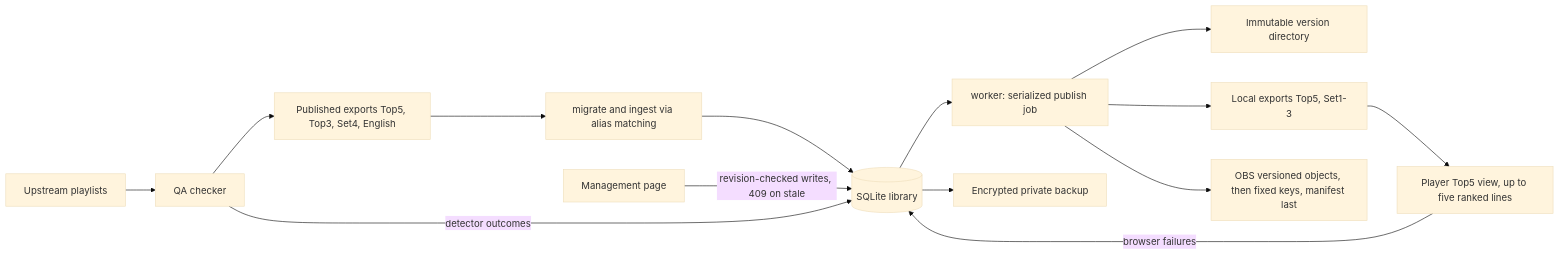
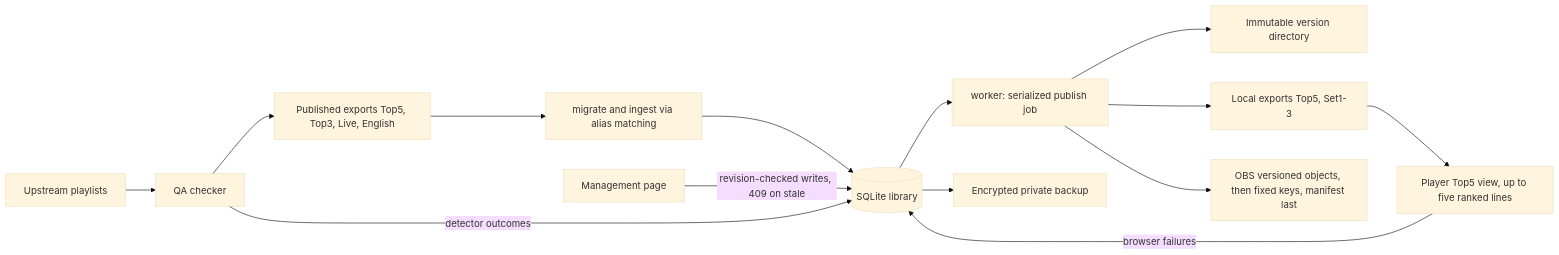
Before and after one commit to Nzy189/iptv-QA: the second of 2 diagrams in docs/LIBRARY.md, drawn with Mermaid (base theme). The commit also changed other lines of this file and 21 other files, not shown here.

````diff
--- a/docs/LIBRARY.md
+++ b/docs/LIBRARY.md
@@ -125,16 +125,16 @@
 ```mermaid
 flowchart LR
   SRC[Upstream playlists] --> QA[QA checker]
-  QA --> EXP[Published exports Top5, Top3, Set4, English]
+  QA --> EXP[Published exports Top5, Top3, Live, English]
   EXP --> MIG["migrate and ingest via alias matching"]
   MIG --> DB[(SQLite library)]
   OPS[Management page] -->|"revision-checked writes, 409 on stale"| DB
   QA -->|"detector outcomes"| DB
   DB --> W["worker: serialized publish job"]
   W --> VER[Immutable version directory]
   W --> LOC[Local exports Top5, Set1-3]
   W --> OBS[OBS versioned objects, then fixed keys, manifest last]
   LOC --> PL[Player Top5 view, up to five ranked lines]
   PL -->|"browser failures"| DB
   DB --> BK[Encrypted private backup]
 ```
````
